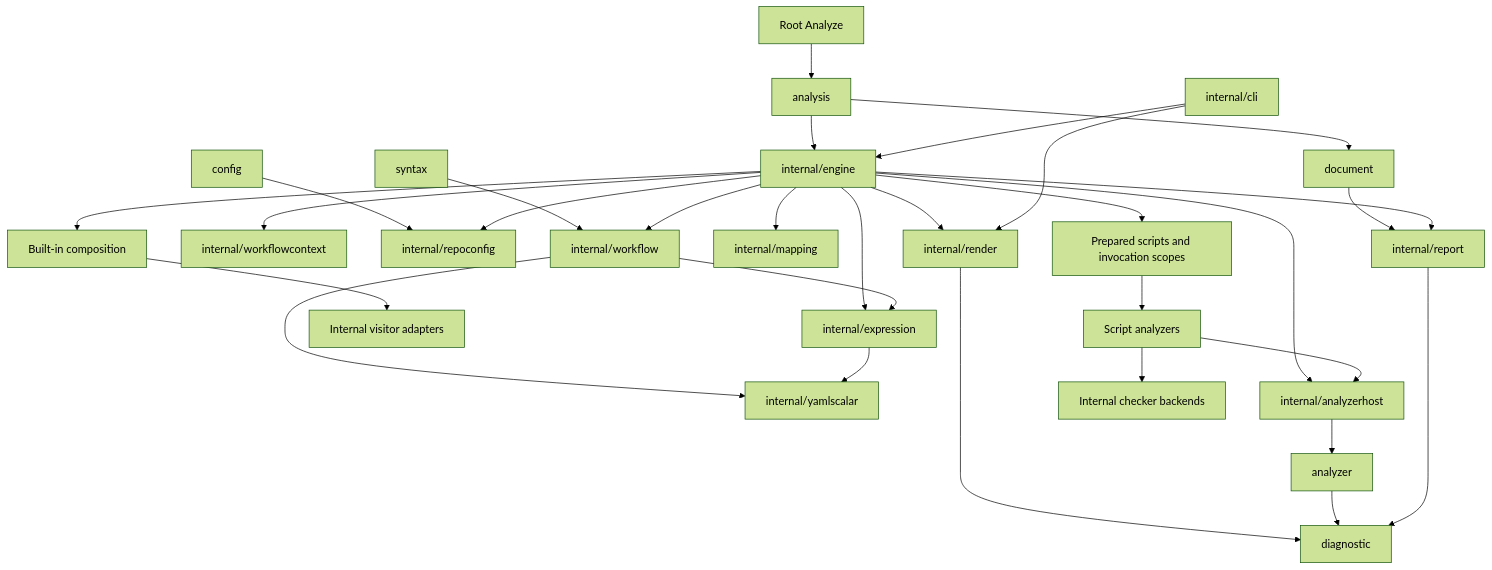
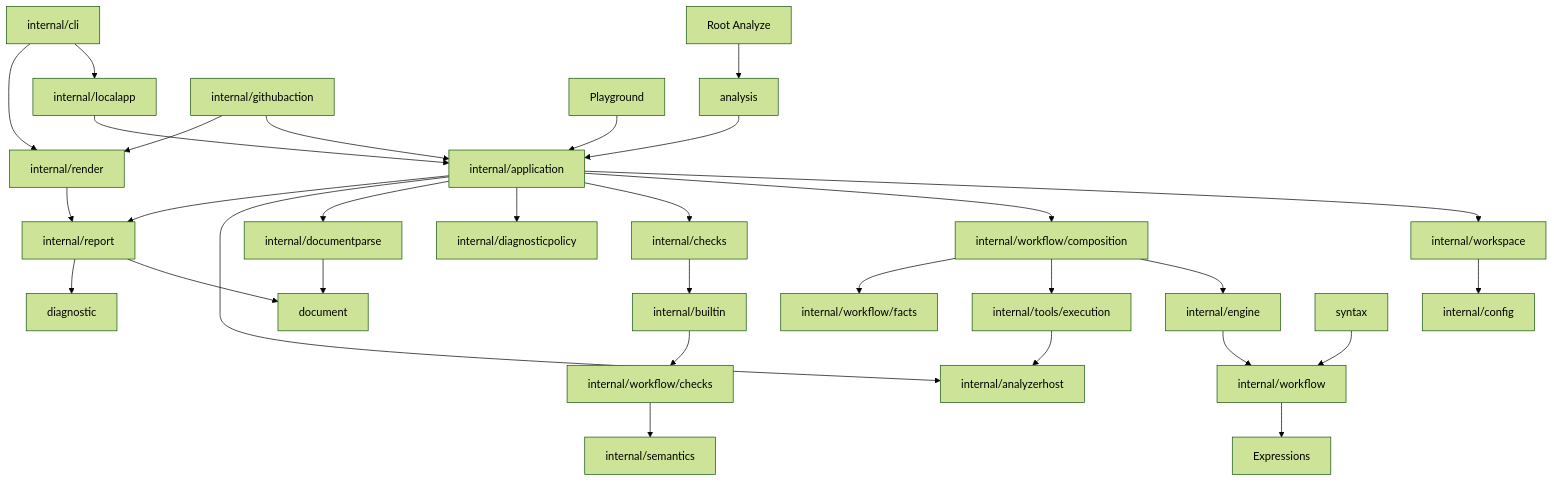
The first of 2 diagrams in docs/design/analysis-contracts.md (kjanat/actionlint), drawn with Mermaid (forest theme) before and after one commit. The commit also changed other lines of this file and 1865 other files, not shown here.

````diff
--- a/docs/design/analysis-contracts.md
+++ b/docs/design/analysis-contracts.md
@@ -28,32 +32,33 @@
 ```mermaid
 flowchart TD
     Root[Root Analyze] --> API[analysis]
-    API --> Engine[internal/engine]
-    CLI[internal/cli] --> Engine
-    Syntax[syntax] --> Workflow[internal/workflow]
-    Engine --> Workflow
-    Engine --> Expressions[internal/expression]
+    API --> App[internal/application]
+    CLI[internal/cli] --> Local[internal/localapp]
+    Local --> App
+    Action[internal/githubaction] --> App
+    Browser[Playground] --> App
+    App --> Workspace[internal/workspace]
+    App --> Composition[internal/workflow/composition]
+    App --> Registry[internal/checks]
+    App --> Policy[internal/diagnosticpolicy]
+    App --> Decode[internal/documentparse]
+    App --> Host[internal/analyzerhost]
+    Composition --> Engine[internal/engine]
+    Composition --> Scripts[internal/tools/execution]
+    Scripts --> Host
+    Workspace --> Config[internal/config]
+    Engine --> Workflow[internal/workflow]
+    Composition --> Facts[internal/workflow/facts]
+    Registry --> Builtin[internal/builtin]
+    Builtin --> Checks[internal/workflow/checks]
+    Checks --> Semantics[internal/semantics]
     Workflow --> Expressions
-    Engine --> Contexts[internal/workflowcontext]
-    Workflow --> Scalars[internal/yamlscalar]
-    Expressions --> Scalars
-    Config[config] --> RepoConfig[internal/repoconfig]
-    Engine --> RepoConfig
-    Engine --> Render[internal/render]
-    CLI --> Render
-    Render --> Diagnostic
-    Engine --> Host[internal/analyzerhost]
-    Engine --> Mapping[internal/mapping]
-    Factory[Built-in composition] --> Adapters[Internal visitor adapters]
-    Engine --> Factory
-    Host --> Contract[analyzer]
-    Contract --> Diagnostic[diagnostic]
-    Engine --> Prepared[Prepared scripts and invocation scopes]
-    Prepared --> Checks[Script analyzers]
-    Checks --> Backends[Internal checker backends]
-    Checks --> Host
-    API --> Documents[document]
-    Documents --> Models[internal/report]
-    Engine --> Models
-    Models --> Diagnostic
+    App --> Models[internal/report]
+    Decode --> Documents[document]
+    Models --> Documents
+    CLI --> Render[internal/render]
+    Action --> Render
+    Render --> Models
+    Models --> Diagnostic[diagnostic]
+    Syntax[syntax] --> Workflow
 ```
````
